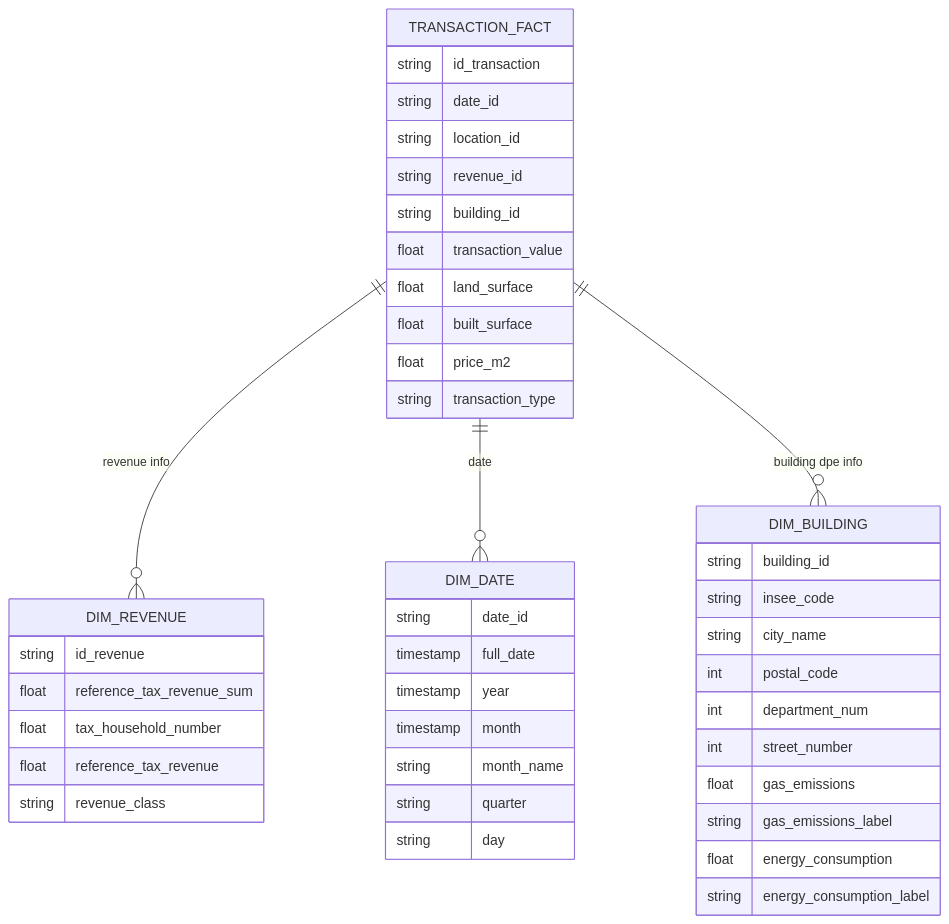
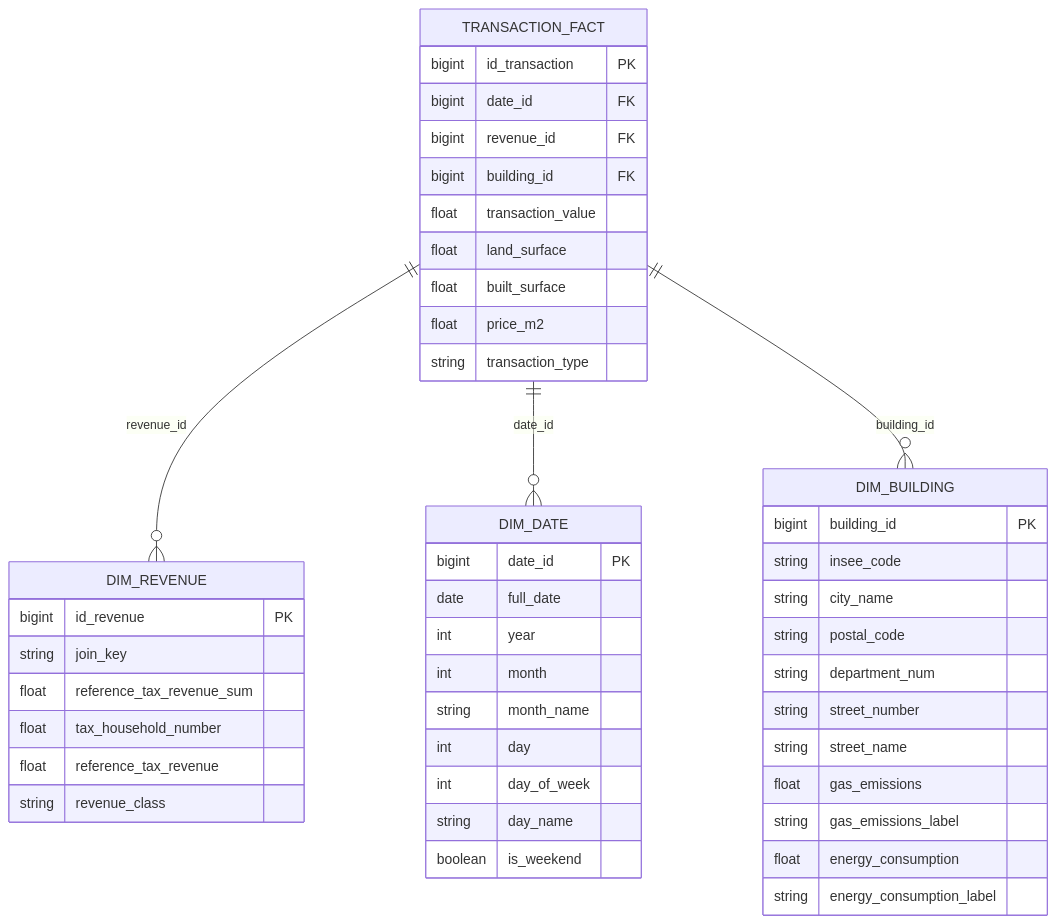
The diagram in README.md (LucSAMAIN/city_vibe), drawn with Mermaid before and after one commit. The commit also changed other lines of this file and 1 other file, not shown here.

````diff
--- a/README.md
+++ b/README.md
@@ -55,47 +113,53 @@
 ```mermaid
 erDiagram
-    TRANSACTION_FACT ||--o{ DIM_REVENUE : "revenue info"
-    TRANSACTION_FACT ||--o{ DIM_DATE : date
-    TRANSACTION_FACT ||--o{ DIM_BUILDING : "building dpe info"
+    TRANSACTION_FACT ||--o{ DIM_REVENUE : "revenue_id"
+    TRANSACTION_FACT ||--o{ DIM_DATE : "date_id"
+    TRANSACTION_FACT ||--o{ DIM_BUILDING : "building_id"
+    
     TRANSACTION_FACT {
-      string id_transaction
-      string  date_id
-      string  location_id
-      string  revenue_id
-      string building_id
-      float transaction_value
-      float land_surface
-      float built_surface
-      float price_m2
-      string transaction_type
+        bigint id_transaction PK
+        bigint date_id FK
+        bigint revenue_id FK
+        bigint building_id FK
+        float transaction_value
+        float land_surface
+        float built_surface
+        float price_m2
+        string transaction_type
     }
+    
     DIM_REVENUE {
-      string id_revenue
-      float reference_tax_revenue_sum
-      float tax_household_number
-      float reference_tax_revenue
-      string revenue_class
+        bigint id_revenue PK
+        string join_key
+        float reference_tax_revenue_sum
+        float tax_household_number
+        float reference_tax_revenue
+        string revenue_class
     }
+    
     DIM_DATE {
-      string date_id
-      timestamp full_date
-      timestamp year
-      timestamp month
-      string month_name
-      string quarter
-      string day
+        bigint date_id PK
+        date full_date
+        int year
+        int month
+        string month_name
+        int day
+        int day_of_week
+        string day_name
+        boolean is_weekend
     }
 
-   DIM_BUILDING {
-      string building_id
-      string insee_code
-      string city_name
-      int postal_code
-      int department_num
-      int street_number
-      float gas_emissions
-      string gas_emissions_label
-      float energy_consumption
-      string energy_consumption_label
+    DIM_BUILDING {
+        bigint building_id PK
+        string insee_code
+        string city_name
+        string postal_code
+        string department_num
+        string street_number
+        string street_name
+        float gas_emissions
+        string gas_emissions_label
+        float energy_consumption
+        string energy_consumption_label
     }
 ```
````
